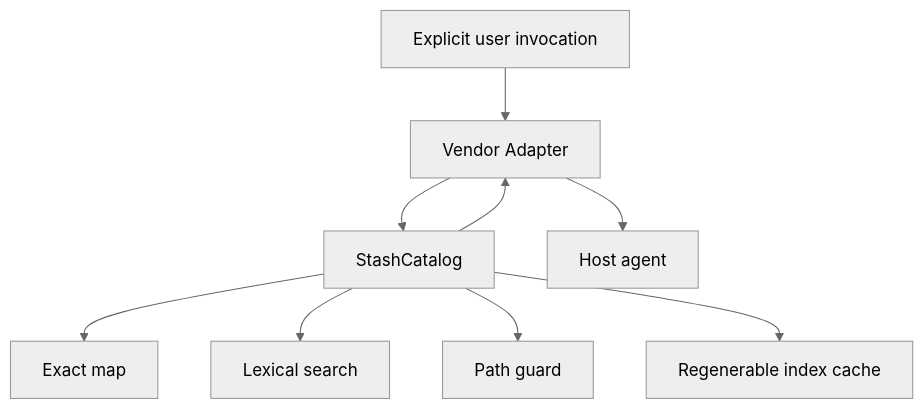
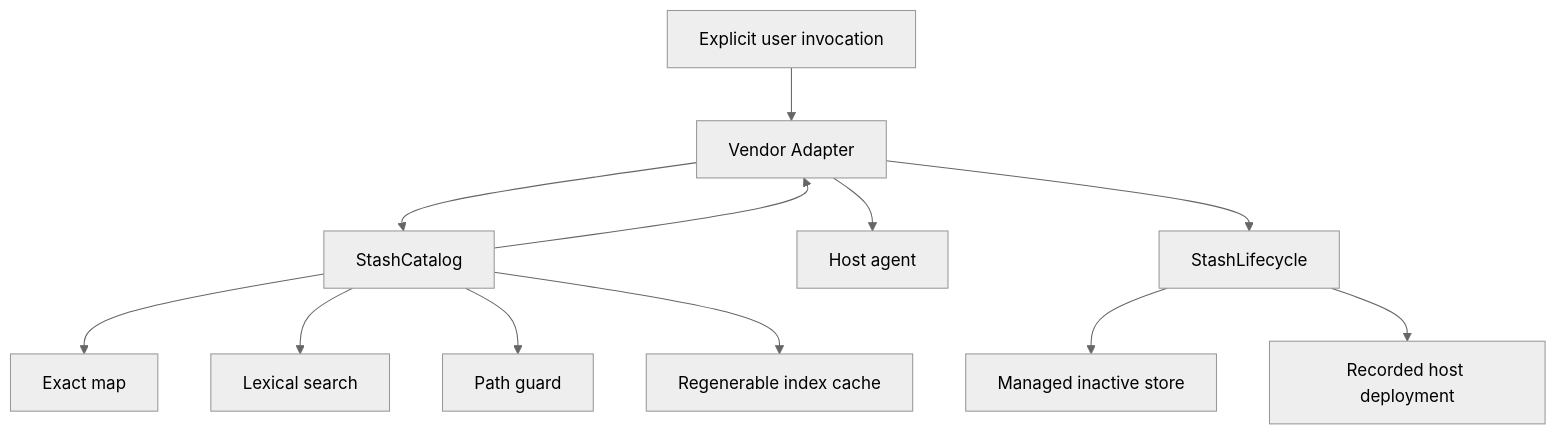
One commit to dd3ok/stash changed the diagram in docs/architecture.md. Above: the diagram before and after it, drawn with Mermaid (neutral theme). The commit also changed other lines of this file and 54 other files, not shown here.

First line of the commit message:
Add managed inactive skill lifecycle (#8)

````diff
--- a/docs/architecture.md
+++ b/docs/architecture.md
@@ -15,11 +16,14 @@
 ```mermaid
 flowchart TD
     U["Explicit user invocation"] --> A["Vendor Adapter"]
     A --> C["StashCatalog"]
     C --> E["Exact map"]
     C --> S["Lexical search"]
     C --> P["Path guard"]
     C --> I["Regenerable index cache"]
     C --> A
     A --> H["Host agent"]
+    A --> L["StashLifecycle"]
+    L --> M["Managed inactive store"]
+    L --> D["Recorded host deployment"]
 ```
````
